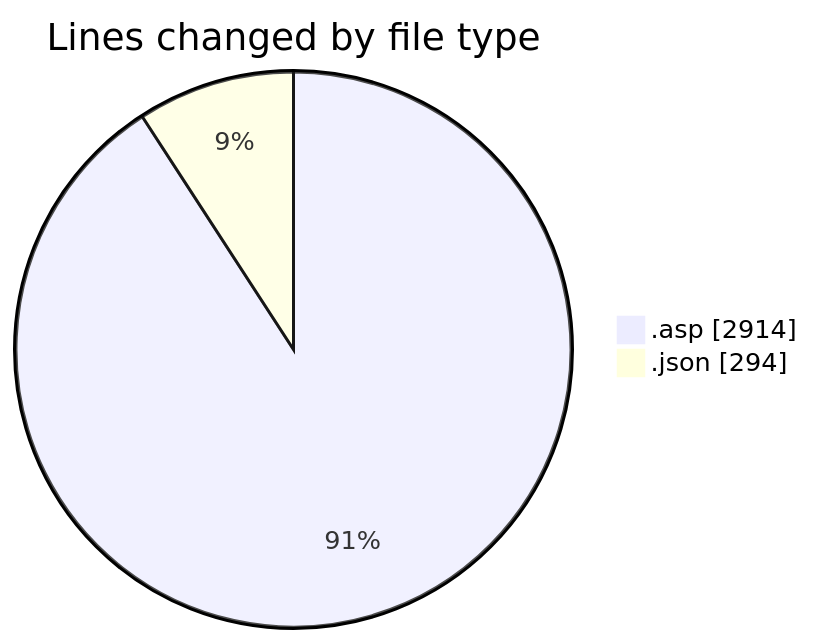
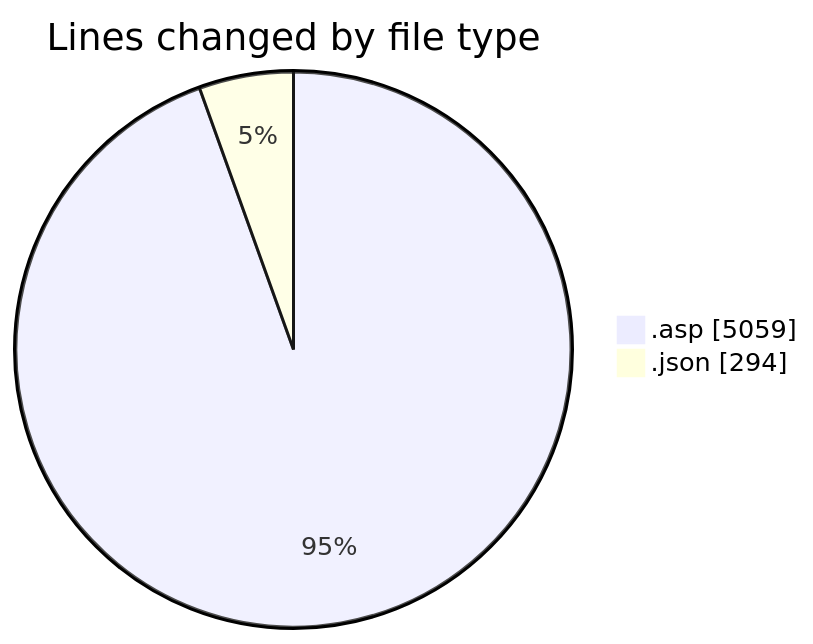
Before and after one commit to julien-gomy/code-tracking: the first of 2 diagrams in 2025-10-27/usr_aleoudev_fr__workspace_/README.md, drawn with Mermaid. The commit also changed other lines of this file and 1 other file, not shown here.

````diff
--- a/2025-10-27/usr_aleoudev_fr__workspace_/README.md
+++ b/2025-10-27/usr_aleoudev_fr__workspace_/README.md
@@ -24,6 +25,6 @@
 ```mermaid
 pie showData
 title Lines changed by file type
-".asp" : 2914
+".asp" : 5059
 ".json" : 294
 ```
````
